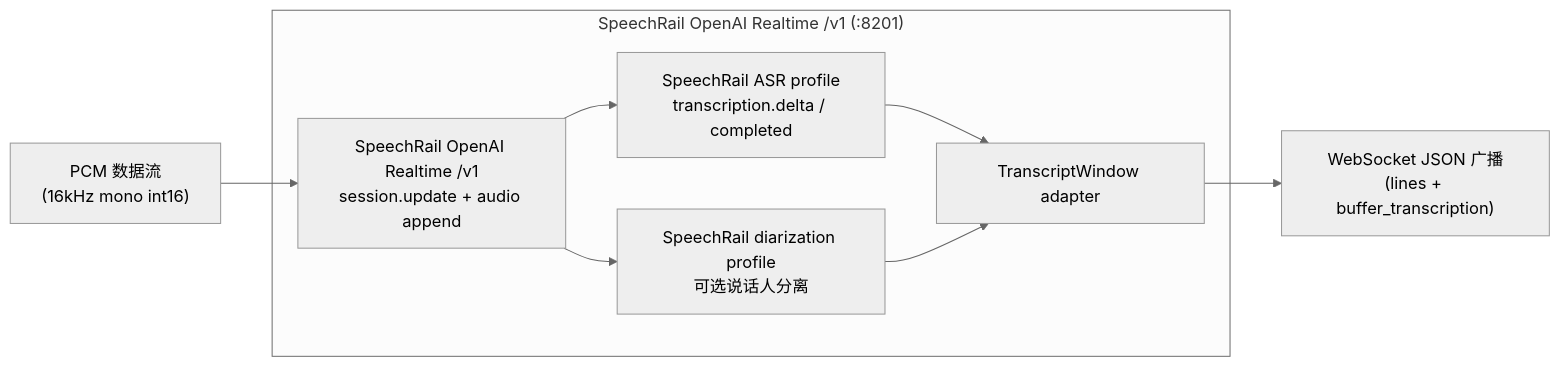
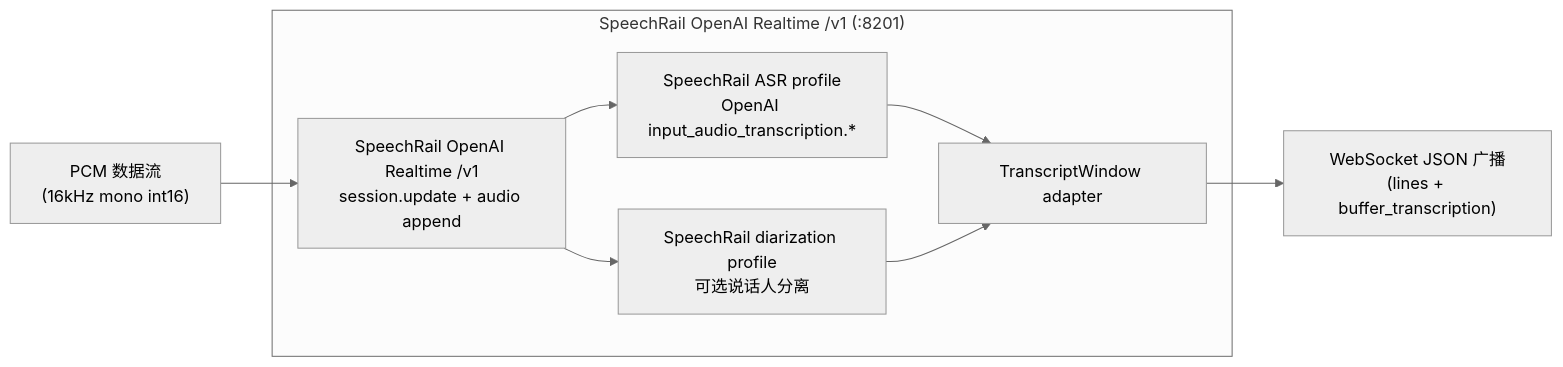
The eighth of 13 diagrams in docs/architecture/系统总体架构与详细设计方案.md (hrygo/sona), drawn with Mermaid (neutral theme) before and after one commit. The commit also changed other lines of this file and 69 other files, not shown here.

Commit message:
feat(meeting): 完成 SpeechRail v2 分人联合接入

````diff
--- a/docs/architecture/系统总体架构与详细设计方案.md
+++ b/docs/architecture/系统总体架构与详细设计方案.md
@@ -517,13 +517,13 @@
 ```mermaid
 flowchart LR
     AUDIO_IN["PCM 数据流<br/>(16kHz mono int16)"] --> SR_INPUT["SpeechRail OpenAI Realtime /v1<br/>session.update + audio append"]
     
     subgraph SPEECHRAIL["SpeechRail OpenAI Realtime /v1 (:8201)"]
-        SR_INPUT --> QWEN_ASR["SpeechRail ASR profile<br/>transcription.delta / completed"]
+        SR_INPUT --> QWEN_ASR["SpeechRail ASR profile<br/>OpenAI input_audio_transcription.*"]
         SR_INPUT --> SORTFORMER["SpeechRail diarization profile<br/>可选说话人分离"]
         QWEN_ASR --> SNAP_BUILDER["TranscriptWindow adapter"]
         SORTFORMER --> SNAP_BUILDER
     end
 
     SNAP_BUILDER --> WS_OUT["WebSocket JSON 广播<br/>(lines + buffer_transcription)"]
 ```
````
